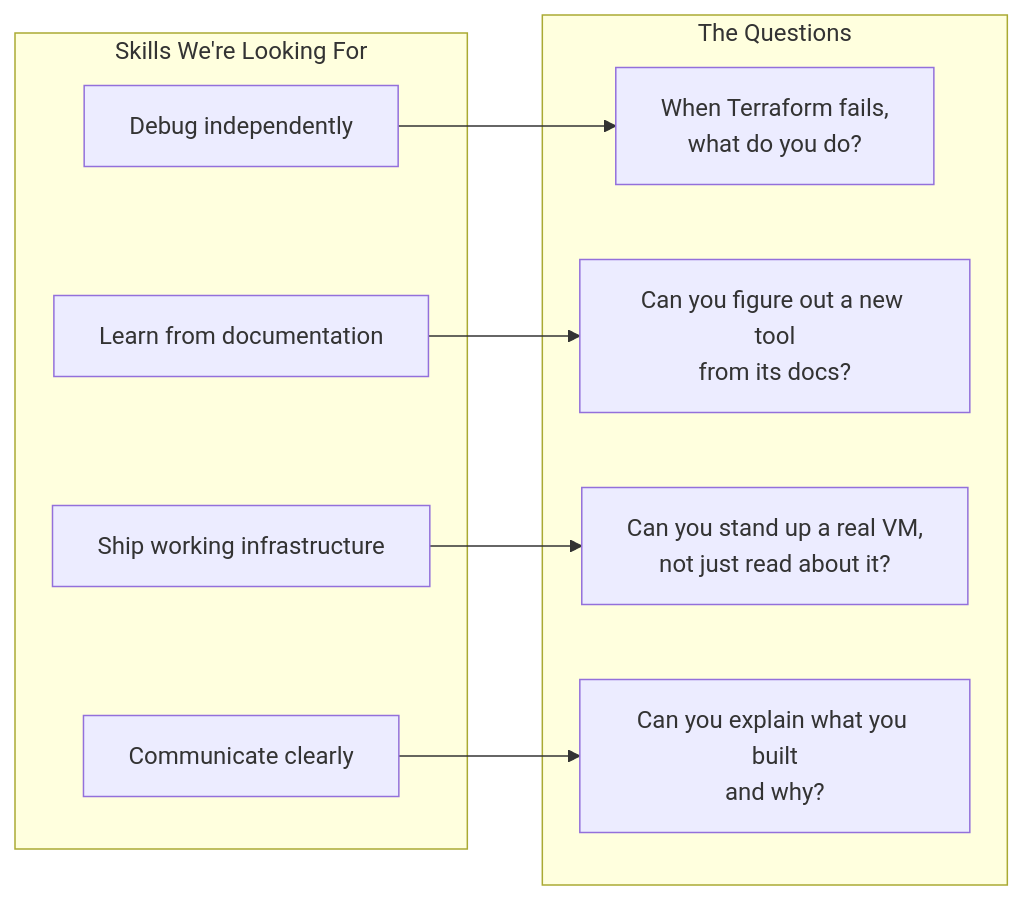
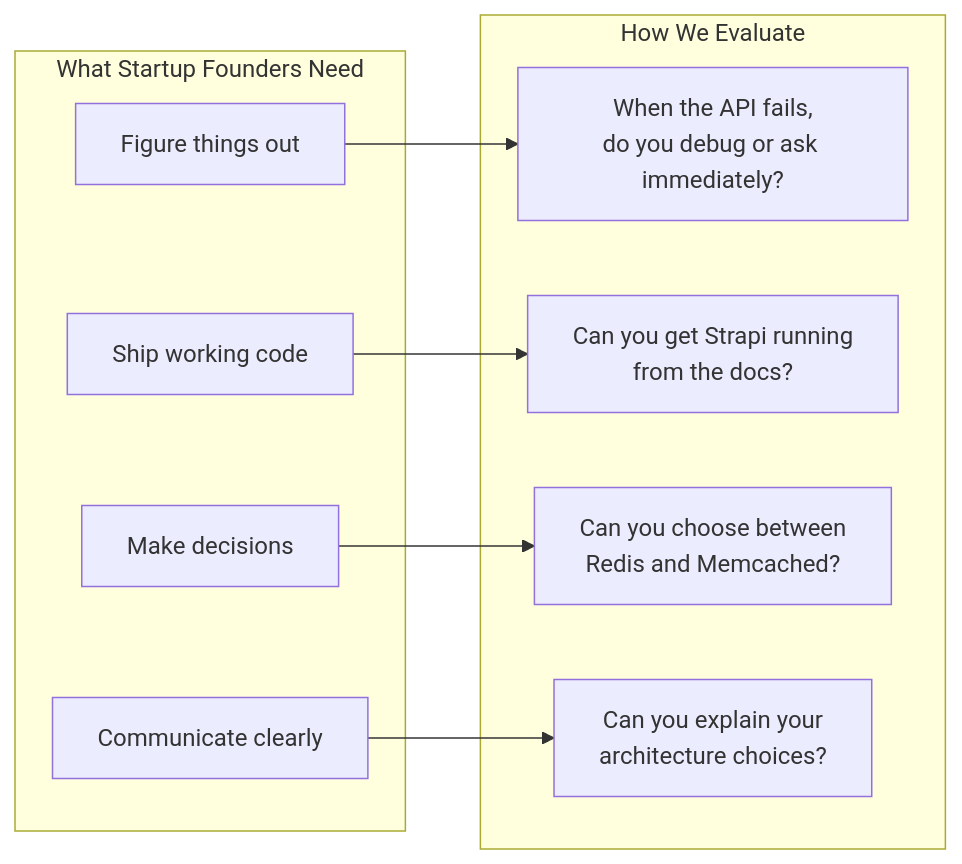
Before and after one commit to PearlThoughtsInternship/Internship-Obsidian-Vault: the second of 4 diagrams in DevOps/04-Internship/01-Before-You-Begin.md, drawn with Mermaid. The commit also changed other lines of this file and 4 other files, not shown here.

````diff
--- a/DevOps/04-Internship/01-Before-You-Begin.md
+++ b/DevOps/04-Internship/01-Before-You-Begin.md
@@ -83,21 +87,21 @@
 ```mermaid
 flowchart LR
-    subgraph Skills["Skills We're Looking For"]
-        S1["Debug independently"]
-        S2["Learn from documentation"]
-        S3["Ship working infrastructure"]
+    subgraph Skills["What Startup Founders Need"]
+        S1["Figure things out"]
+        S2["Ship working code"]
+        S3["Make decisions"]
         S4["Communicate clearly"]
     end
 
-    subgraph Questions["The Questions"]
-        Q1["When Terraform fails,<br/>what do you do?"]
-        Q2["Can you figure out a new tool<br/>from its docs?"]
-        Q3["Can you stand up a real VM,<br/>not just read about it?"]
-        Q4["Can you explain what you built<br/>and why?"]
+    subgraph Questions["How We Evaluate"]
+        Q1["When the API fails,<br/>do you debug or ask immediately?"]
+        Q2["Can you get Strapi running<br/>from the docs?"]
+        Q3["Can you choose between<br/>Redis and Memcached?"]
+        Q4["Can you explain your<br/>architecture choices?"]
     end
 
     S1 --> Q1
     S2 --> Q2
     S3 --> Q3
     S4 --> Q4
 ```
````
